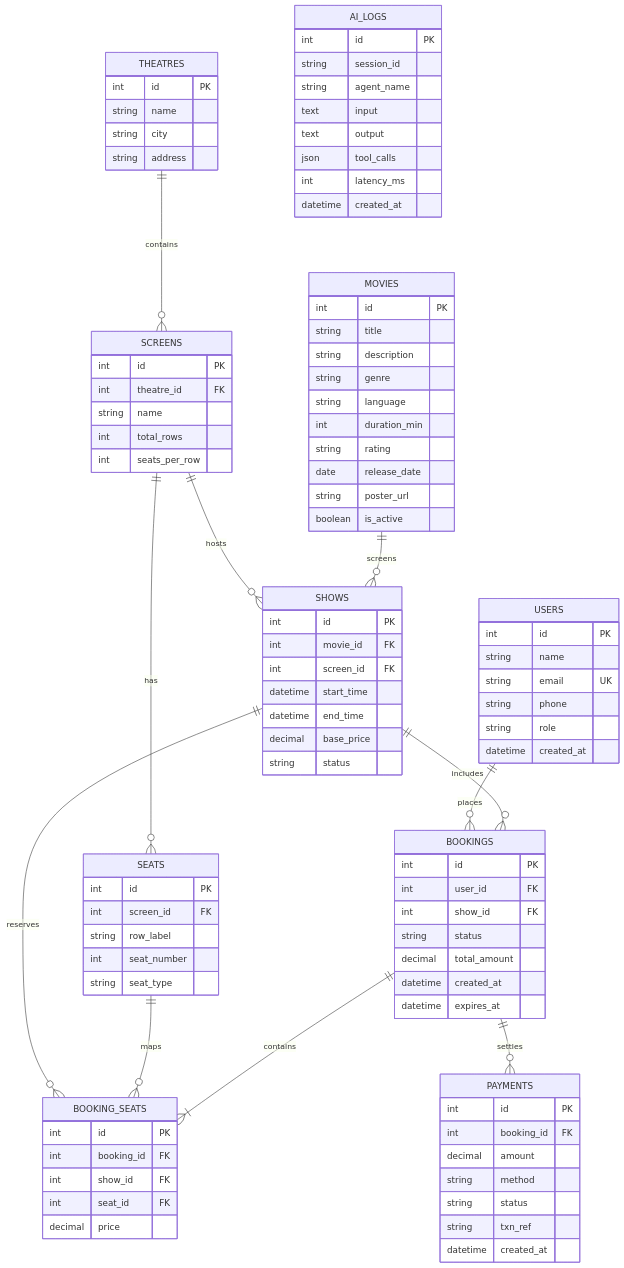
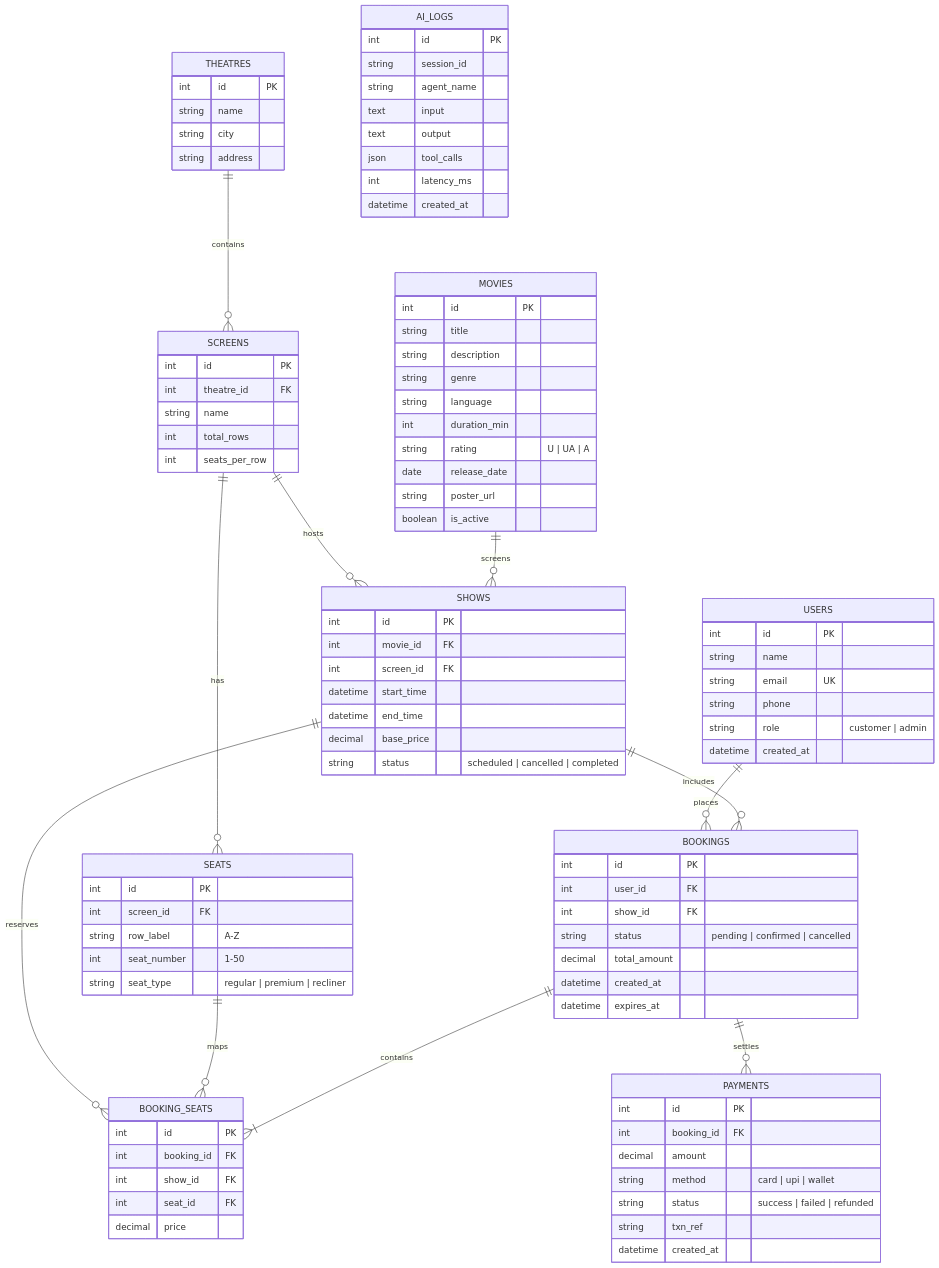
The second of 4 diagrams in README.md (ChandanMeher4/Movie-ticket-booking-system), drawn with Mermaid before and after one commit. The commit also changed other lines of this file, not shown here.

```diff
--- a/README.md
+++ b/README.md
@@ -106,7 +174,7 @@
         string name
         string email UK
         string phone
-        string role
+        string role "customer | admin"
         datetime created_at
     }
 
@@ -117,7 +185,7 @@
         string genre
         string language
         int duration_min
-        string rating
+        string rating "U | UA | A"
         date release_date
         string poster_url
         boolean is_active
@@ -141,9 +209,9 @@
     SEATS {
         int id PK
         int screen_id FK
-        string row_label
-        int seat_number
-        string seat_type
+        string row_label "A-Z"
+        int seat_number "1-50"
+        string seat_type "regular | premium | recliner"
     }
 
     SHOWS {
@@ -153,14 +221,14 @@
         datetime start_time
         datetime end_time
         decimal base_price
-        string status
+        string status "scheduled | cancelled | completed"
     }
 
     BOOKINGS {
         int id PK
         int user_id FK
         int show_id FK
-        string status
+        string status "pending | confirmed | cancelled"
         decimal total_amount
         datetime created_at
         datetime expires_at
@@ -178,8 +246,8 @@
         int id PK
         int booking_id FK
         decimal amount
-        string method
-        string status
+        string method "card | upi | wallet"
+        string status "success | failed | refunded"
         string txn_ref
         datetime created_at
     }
```
